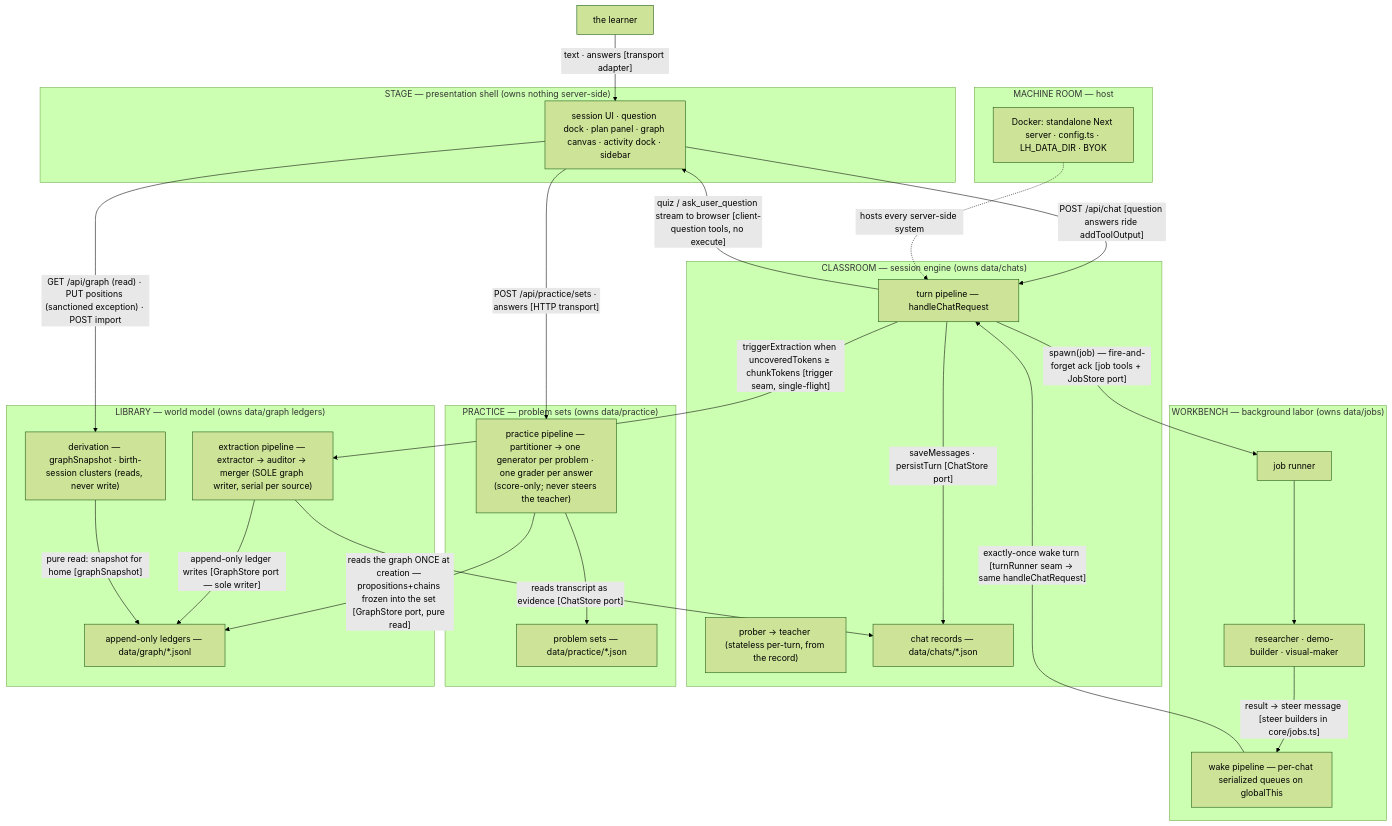
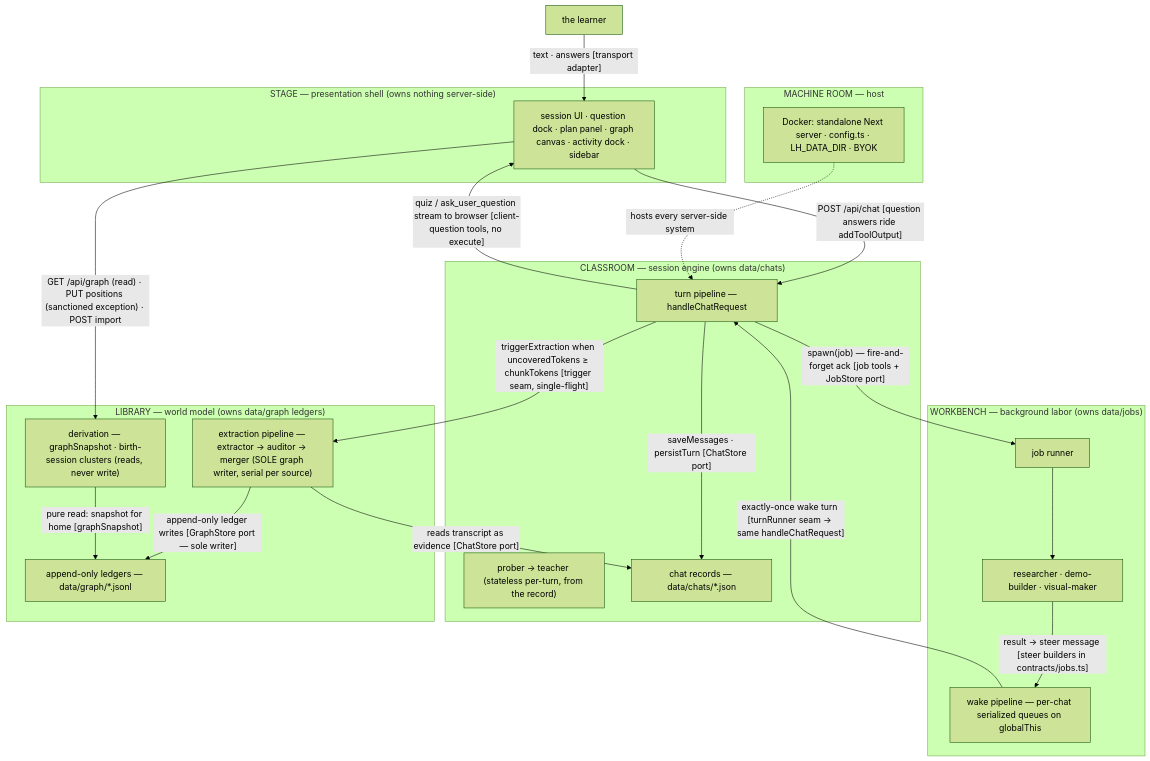
The third of 7 diagrams in docs/architecture.md (VileEnd/learnharness), drawn with Mermaid (forest theme) before and after one commit. The commit also changed other lines of this file and 5 other files, not shown here.

````diff
--- a/docs/architecture.md
+++ b/docs/architecture.md
@@ -231,53 +229,45 @@
 ```mermaid
 flowchart TB
     LEARNER["the learner"]
 
     subgraph STAGE["STAGE — presentation shell (owns nothing server-side)"]
         UI["session UI · question dock · plan panel · graph canvas · activity dock · sidebar"]
     end
 
     subgraph CLASSROOM["CLASSROOM — session engine (owns data/chats)"]
         TURN["turn pipeline — handleChatRequest"]
         AGENTS["prober → teacher (stateless per-turn, from the record)"]
         CHATDATA["chat records — data/chats/*.json"]
     end
 
     subgraph WORKBENCH["WORKBENCH — background labor (owns data/jobs)"]
         JOBRUN["job runner"]
         SUBAGENTS["researcher · demo-builder · visual-maker"]
         WAKE["wake pipeline — per-chat serialized queues on globalThis"]
     end
 
-    subgraph PRAC["PRACTICE — problem sets (owns data/practice)"]
-        PPART["practice pipeline — partitioner → one generator per problem · one grader per answer<br/>(score-only; never steers the teacher)"]
-        PDATA["problem sets — data/practice/*.json"]
-    end
-
     subgraph LIBRARY["LIBRARY — world model (owns data/graph ledgers)"]
         EXTRACT["extraction pipeline — extractor → auditor → merger (SOLE graph writer, serial per source)"]
         DERIVE["derivation — graphSnapshot · birth-session clusters (reads, never write)"]
         GRAPHDATA["append-only ledgers — data/graph/*.jsonl"]
     end
 
     subgraph ROOM["MACHINE ROOM — host"]
         HOST["Docker: standalone Next server · config.ts · LH_DATA_DIR · BYOK"]
     end
 
     LEARNER -->|"text · answers [transport adapter]"| UI
     UI -->|"POST /api/chat [question answers ride addToolOutput]"| TURN
     TURN -->|"quiz / ask_user_question stream to browser [client-question tools, no execute]"| UI
     TURN -->|"saveMessages · persistTurn [ChatStore port]"| CHATDATA
     TURN -->|"spawn(job) — fire-and-forget ack [job tools + JobStore port]"| JOBRUN
     JOBRUN --> SUBAGENTS
-    SUBAGENTS -->|"result → steer message [steer builders in core/jobs.ts]"| WAKE
+    SUBAGENTS -->|"result → steer message [steer builders in contracts/jobs.ts]"| WAKE
     WAKE -->|"exactly-once wake turn [turnRunner seam → same handleChatRequest]"| TURN
     TURN -->|"triggerExtraction when uncoveredTokens ≥ chunkTokens [trigger seam, single-flight]"| EXTRACT
     EXTRACT -->|"reads transcript as evidence [ChatStore port]"| CHATDATA
     EXTRACT -->|"append-only ledger writes [GraphStore port — sole writer]"| GRAPHDATA
     DERIVE -->|"pure read: snapshot for home [graphSnapshot]"| GRAPHDATA
-    UI -->|"POST /api/practice/sets · answers [HTTP transport]"| PPART
-    PPART -->|"reads the graph ONCE at creation — propositions+chains frozen into the set [GraphStore port, pure read]"| GRAPHDATA
-    PPART --> PDATA
     UI -->|"GET /api/graph (read) · PUT positions (sanctioned exception) · POST import"| DERIVE
     HOST -.->|"hosts every server-side system"| TURN
 ```
````
